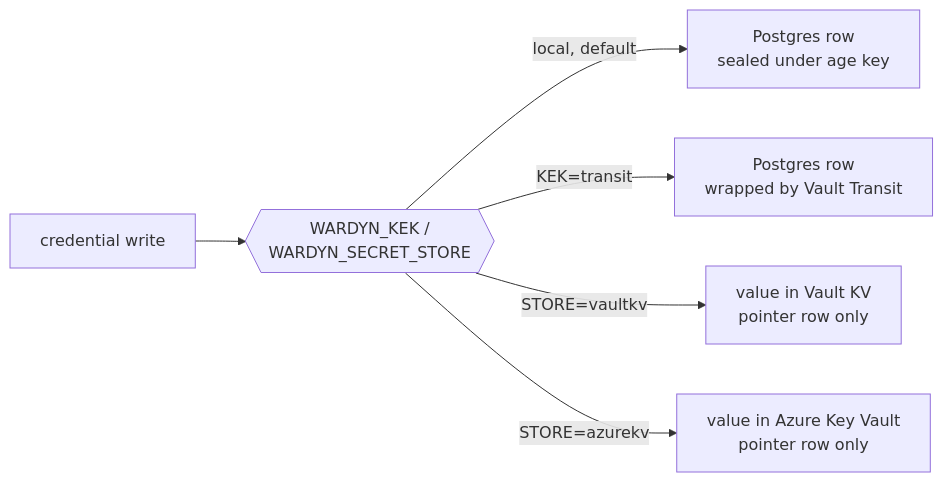
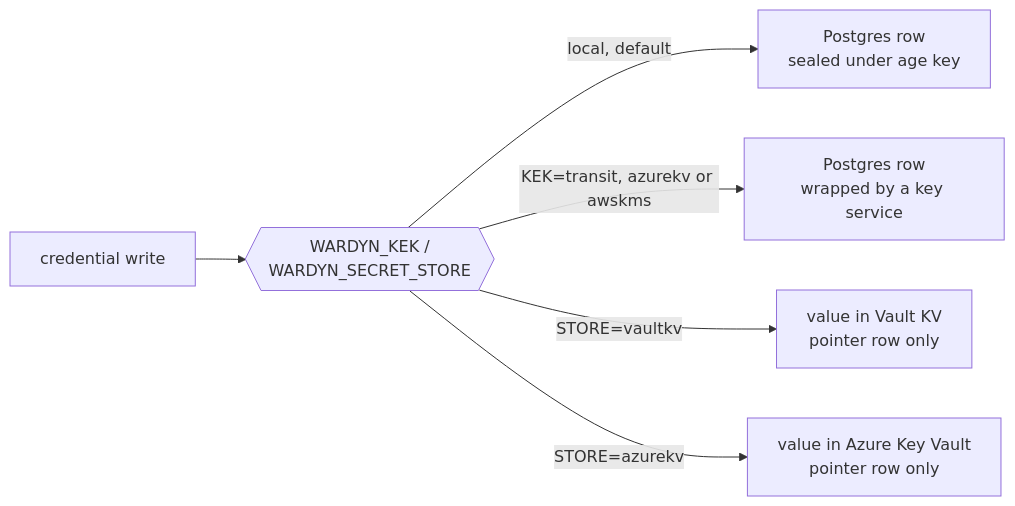
The diagram in docs/operations/secrets-and-keys.md (cjohnstoniv/wardyn), drawn with Mermaid before and after one commit. The commit also changed other lines of this file and 14 other files, not shown here.

First line of the commit message:
docs(secrets): key service AWS KMS section and key-service lists

````diff
--- a/docs/operations/secrets-and-keys.md
+++ b/docs/operations/secrets-and-keys.md
@@ -7,8 +7,8 @@
 ```mermaid
 flowchart LR
     write["credential write"] --> kek{{"WARDYN_KEK /<br/>WARDYN_SECRET_STORE"}}
     kek -->|local, default| local["Postgres row<br/>sealed under age key"]
-    kek -->|KEK=transit| transit["Postgres row<br/>wrapped by Vault Transit"]
+    kek -->|"KEK=transit, azurekv or awskms"| transit["Postgres row<br/>wrapped by a key service"]
     kek -->|STORE=vaultkv| vault["value in Vault KV<br/>pointer row only"]
     kek -->|STORE=azurekv| azure["value in Azure Key Vault<br/>pointer row only"]
 ```
````
